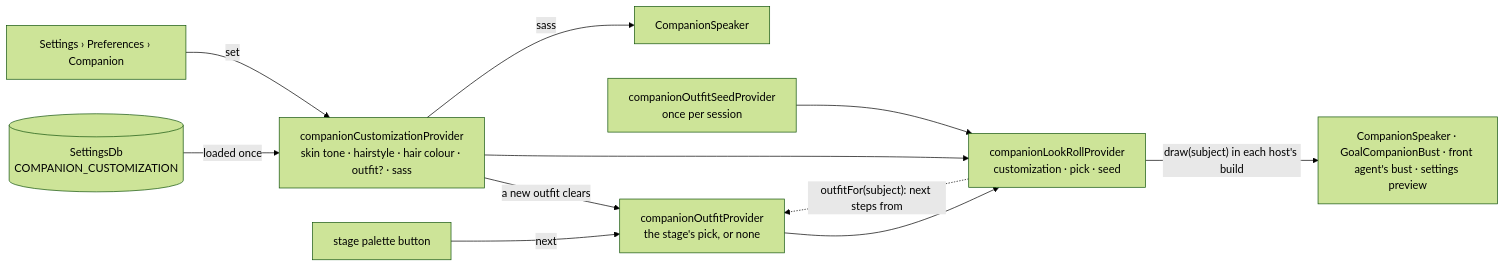
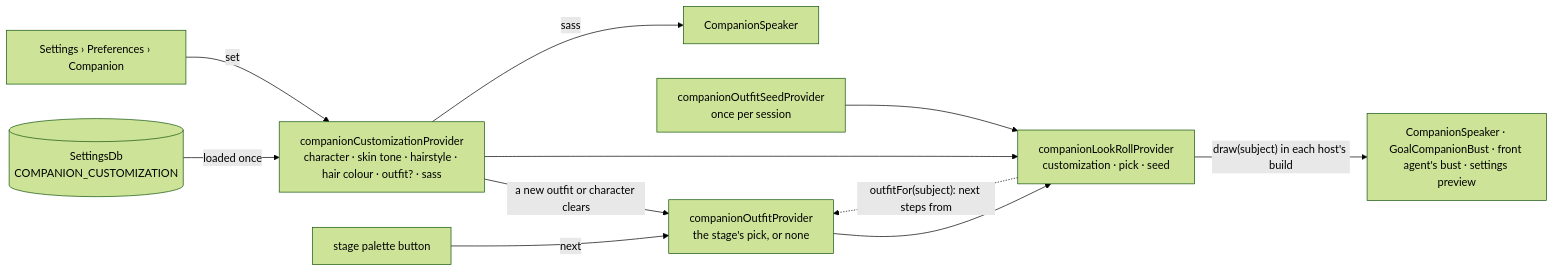
One commit to matthiasn/lotti changed the sixth of 11 diagrams in knowledge/features/companion.md. Above: the diagram before and after it, drawn with Mermaid (forest theme). The commit also changed other lines of this file and 60 other files, not shown here.

Commit message:
feat(companion): choose a grandpa — his own clothes, short and balding hair

````diff
--- a/knowledge/features/companion.md
+++ b/knowledge/features/companion.md
@@ -449,13 +465,13 @@
 ```mermaid
 flowchart LR
-  DB[(SettingsDb<br/>COMPANION_CUSTOMIZATION)] -->|loaded once| C[companionCustomizationProvider<br/>skin tone · hairstyle · hair colour · outfit? · sass]
+  DB[(SettingsDb<br/>COMPANION_CUSTOMIZATION)] -->|loaded once| C[companionCustomizationProvider<br/>character · skin tone · hairstyle · hair colour · outfit? · sass]
   Settings[Settings › Preferences › Companion] -->|set| C
   Stage[stage palette button] -->|next| P[companionOutfitProvider<br/>the stage's pick, or none]
-  C -->|a new outfit clears| P
+  C -->|a new outfit or character clears| P
   R[companionOutfitSeedProvider<br/>once per session] --> Roll
   C --> Roll[companionLookRollProvider<br/>customization · pick · seed]
   P --> Roll
   Roll -->|"draw(subject) in each host's build"| Hosts[CompanionSpeaker · GoalCompanionBust · front agent's bust · settings preview]
   Roll -.->|"outfitFor(subject): next steps from"| P
   C -->|sass| Speaker[CompanionSpeaker]
 ```
````
